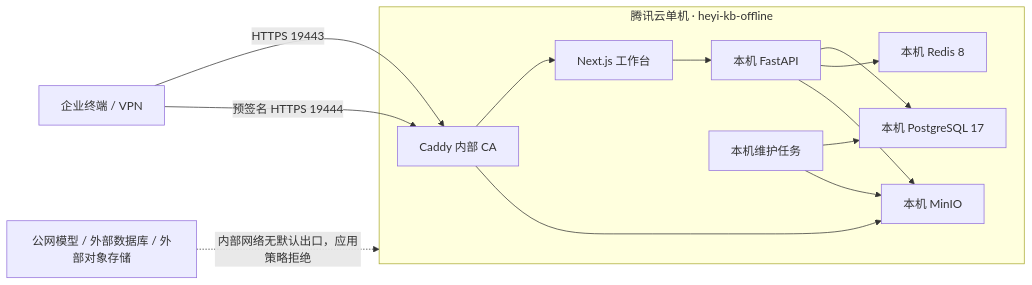
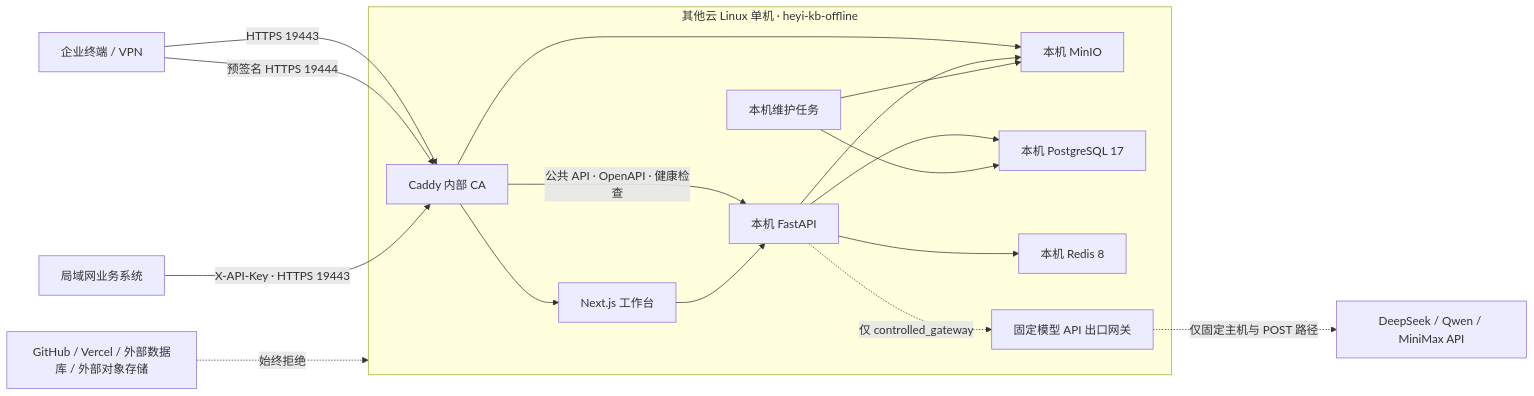
Before and after one commit to SuperGokou/knowledgebases: the diagram in docs/TENCENT_OFFLINE_ENTERPRISE_DEPLOYMENT.zh-CN.md, drawn with Mermaid. The commit also changed other lines of this file and 442 other files, not shown here.

````diff
--- a/docs/TENCENT_OFFLINE_ENTERPRISE_DEPLOYMENT.zh-CN.md
+++ b/docs/TENCENT_OFFLINE_ENTERPRISE_DEPLOYMENT.zh-CN.md
@@ -10,25 +16,30 @@
 ```mermaid
 flowchart LR
     User["企业终端 / VPN"] -->|"HTTPS 19443"| Proxy["Caddy 内部 CA"]
     User -->|"预签名 HTTPS 19444"| Proxy
+    ApiClient["局域网业务系统"] -->|"X-API-Key · HTTPS 19443"| Proxy
     Proxy --> Web["Next.js 工作台"]
+    Proxy -->|"公共 API · OpenAPI · 健康检查"| API["本机 FastAPI"]
     Proxy --> MinIO["本机 MinIO"]
-    Web --> API["本机 FastAPI"]
+    Web --> API
     API --> PostgreSQL["本机 PostgreSQL 17"]
     API --> Redis["本机 Redis 8"]
     API --> MinIO
+    API -. "仅 controlled_gateway" .-> Gateway["固定模型 API 出口网关"]
+    Gateway -. "仅固定主机与 POST 路径" .-> Providers["DeepSeek / Qwen / MiniMax API"]
     Maintenance["本机维护任务"] --> PostgreSQL
     Maintenance --> MinIO
 
-    subgraph Host["腾讯云单机 · heyi-kb-offline"]
+    subgraph Host["其他云 Linux 单机 · heyi-kb-offline"]
       Proxy
       Web
       API
       Maintenance
       PostgreSQL
       Redis
       MinIO
+      Gateway
     end
 
-    Internet["公网模型 / 外部数据库 / 外部对象存储"] -. "内部网络无默认出口，应用策略拒绝" .-> Host
+    Internet["GitHub / Vercel / 外部数据库 / 外部对象存储"] -. "始终拒绝" .-> Host
 ```
````
